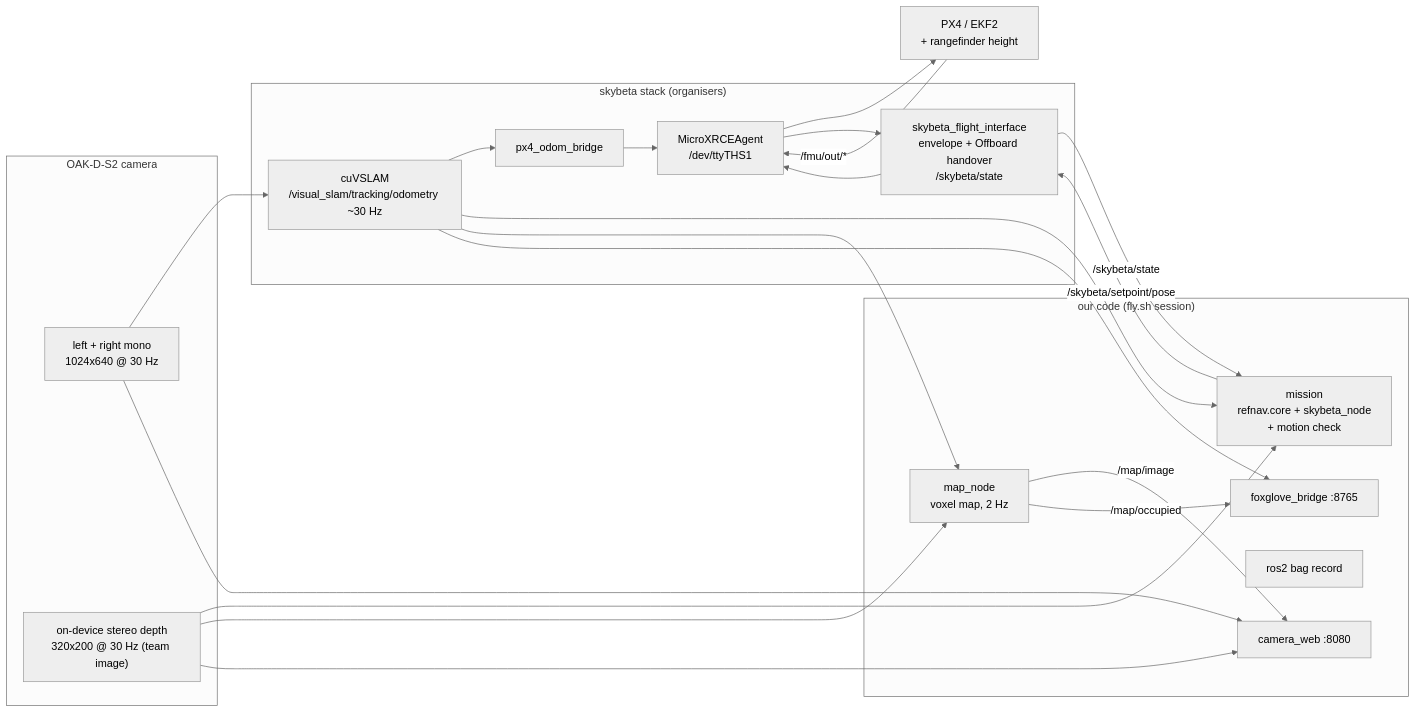
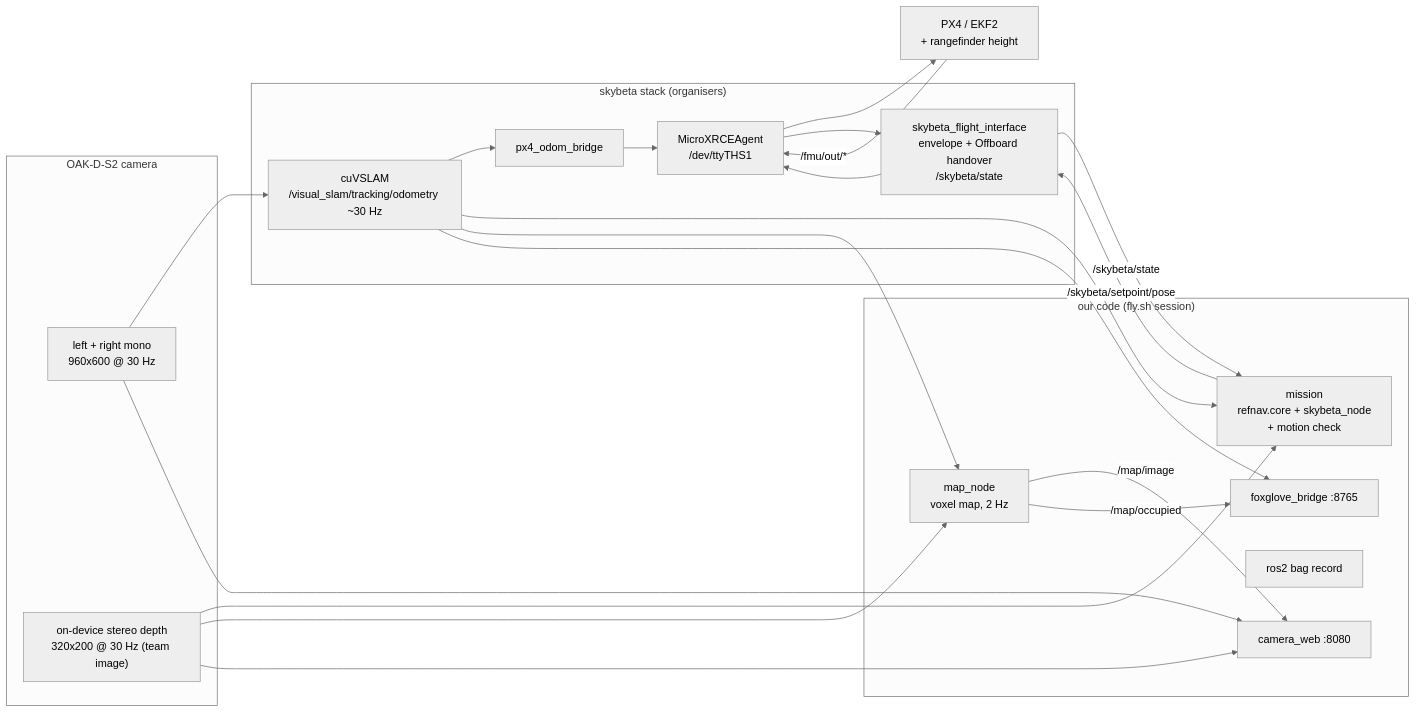
Before and after one commit to Victor-JB/Dronehacks-2026: the first of 2 diagrams in SYSTEM.md, drawn with Mermaid (neutral theme). The commit also changed other lines of this file and 3 other files, not shown here.

````diff
--- a/SYSTEM.md
+++ b/SYSTEM.md
@@ -30,38 +30,38 @@
 ```mermaid
 flowchart LR
   subgraph OAK["OAK-D-S2 camera"]
-    eyes["left + right mono<br/>1024x640 @ 30 Hz"]
+    eyes["left + right mono<br/>960x600 @ 30 Hz"]
     sd["on-device stereo depth<br/>320x200 @ 30 Hz (team image)"]
   end
 
   subgraph SKY["skybeta stack (organisers)"]
     vslam["cuVSLAM<br/>/visual_slam/tracking/odometry ~30 Hz"]
     bridge["px4_odom_bridge"]
     agent["MicroXRCEAgent<br/>/dev/ttyTHS1"]
     fi["skybeta_flight_interface<br/>envelope + Offboard handover<br/>/skybeta/state"]
   end
 
   subgraph OURS["our code (fly.sh session)"]
     mission["mission<br/>refnav.core + skybeta_node<br/>+ motion check"]
     mapn["map_node<br/>voxel map, 2 Hz"]
     web["camera_web :8080"]
     bag["ros2 bag record"]
     fox["foxglove_bridge :8765"]
   end
 
   PX4["PX4 / EKF2<br/>+ rangefinder height"]
 
   eyes --> vslam --> bridge --> agent --> PX4
   PX4 -- "/fmu/out/*" --> agent --> fi
   vslam --> mission
   sd --> mission
   fi -- "/skybeta/state" --> mission
   mission -- "/skybeta/setpoint/pose" --> fi --> agent
   sd --> mapn
   vslam --> mapn
   mapn -- "/map/image" --> web
   eyes --> web
   sd --> web
   mapn -- "/map/occupied" --> fox
   vslam --> fox
 ```
````
